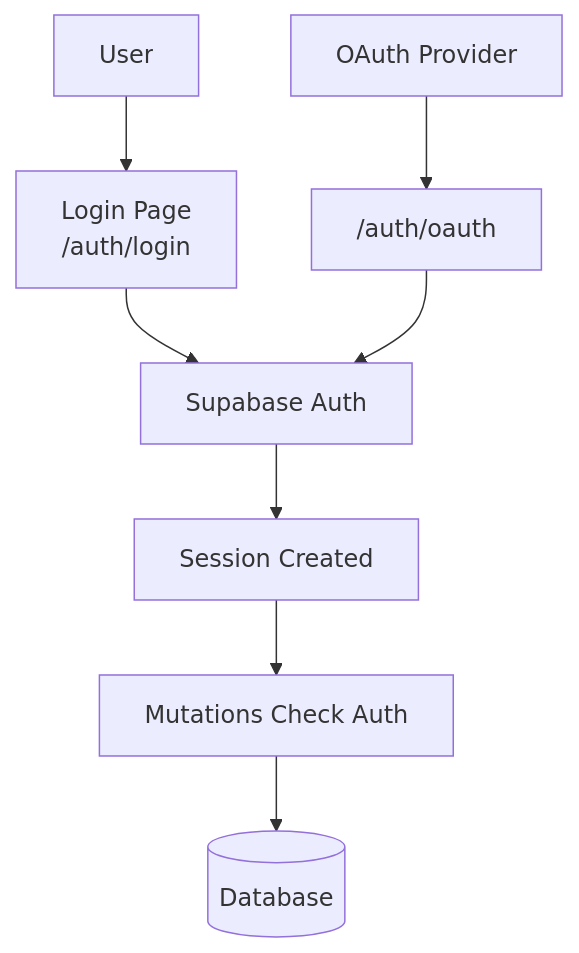
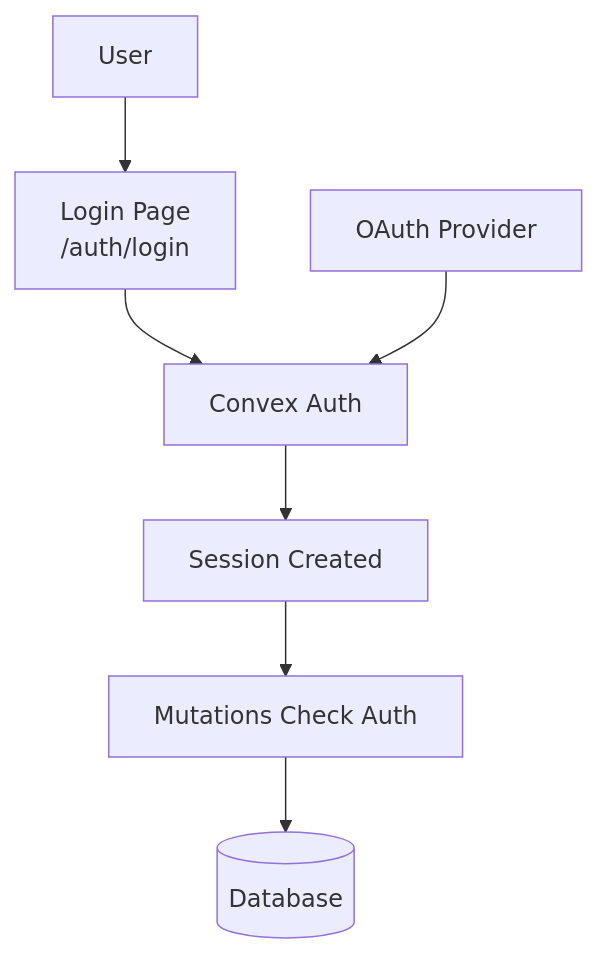
Before and after one commit to ndelangen/tanstack-start: the diagram in docs/authentication.md, drawn with Mermaid. The commit also changed other lines of this file and 80 other files, not shown here.

````diff
--- a/docs/authentication.md
+++ b/docs/authentication.md
@@ -5,11 +5,10 @@
 ```mermaid
 flowchart TD
     User[User] --> Login["Login Page<br/>/auth/login"]
-    Login --> SupabaseAuth[Supabase Auth]
-    SupabaseAuth --> Session[Session Created]
+    Login --> ConvexAuth[Convex Auth]
+    ConvexAuth --> Session[Session Created]
     Session --> Mutations[Mutations Check Auth]
     Mutations --> DB[(Database)]
     
-    OAuth[OAuth Provider] --> OAuthCallback["/auth/oauth"]
-    OAuthCallback --> SupabaseAuth
+    OAuth[OAuth Provider] --> ConvexAuth
 ```
````
